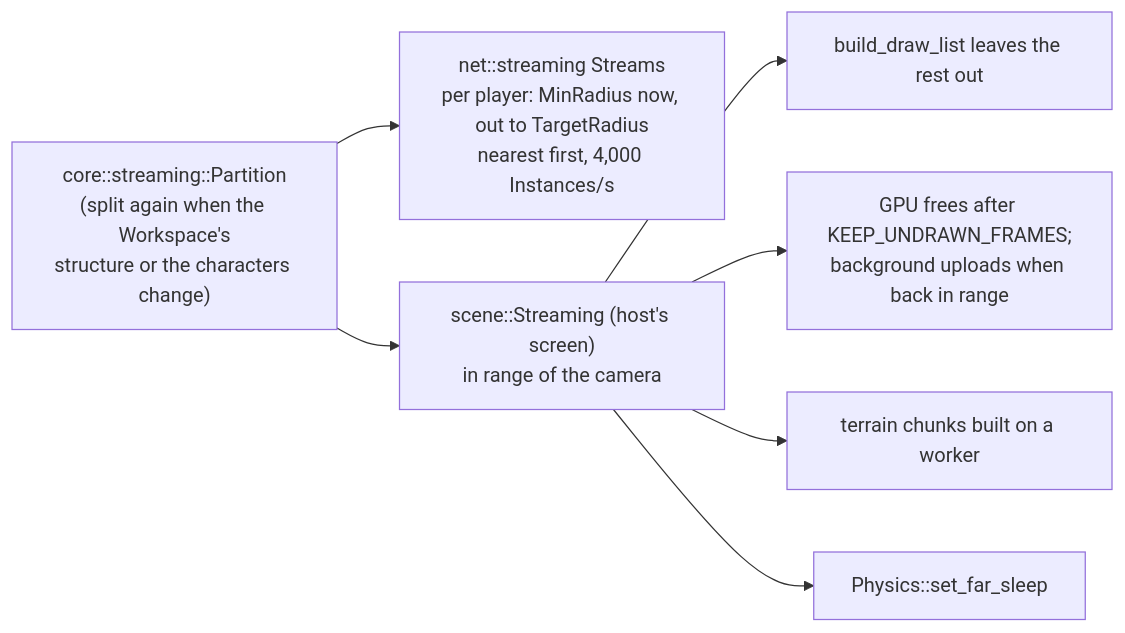
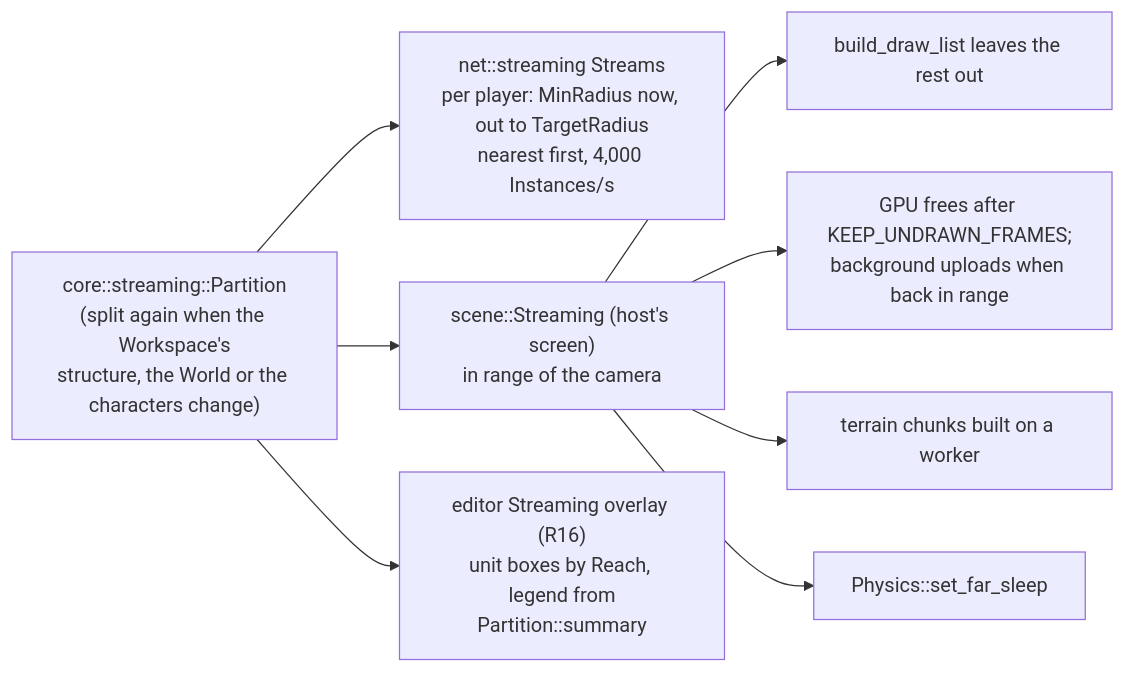
Before and after one commit to MrBearson321/Axcenity-Engine: the diagram in wiki/Engine-Systems/World-Streaming.md, drawn with Mermaid. The commit also changed other lines of this file and 13 other files, not shown here.

First line of the commit message:
Streaming overlay: inspect what streams around the camera while editing (R16)

````diff
--- a/wiki/Engine-Systems/World-Streaming.md
+++ b/wiki/Engine-Systems/World-Streaming.md
@@ -21,9 +21,10 @@
 ```mermaid
 flowchart LR
-  P["core::streaming::Partition<br/>(split again when the Workspace's<br/>structure or the characters change)"] --> NS["net::streaming Streams<br/>per player: MinRadius now, out to TargetRadius<br/>nearest first, 4,000 Instances/s"]
+  P["core::streaming::Partition<br/>(split again when the Workspace's<br/>structure, the World or the characters change)"] --> NS["net::streaming Streams<br/>per player: MinRadius now, out to TargetRadius<br/>nearest first, 4,000 Instances/s"]
   P --> SS["scene::Streaming (host's screen)<br/>in range of the camera"]
   SS --> DL[build_draw_list leaves the rest out]
   SS --> GPU["GPU frees after KEEP_UNDRAWN_FRAMES;<br/>background uploads when back in range"]
   SS --> TC[terrain chunks built on a worker]
   SS --> PH[Physics::set_far_sleep]
+  P --> OV["editor Streaming overlay (R16)<br/>unit boxes by Reach, legend from<br/>Partition::summary"]
 ```
````
